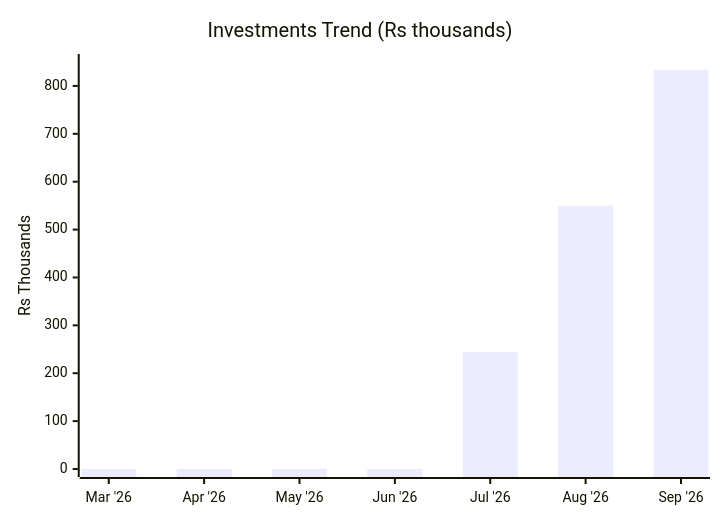
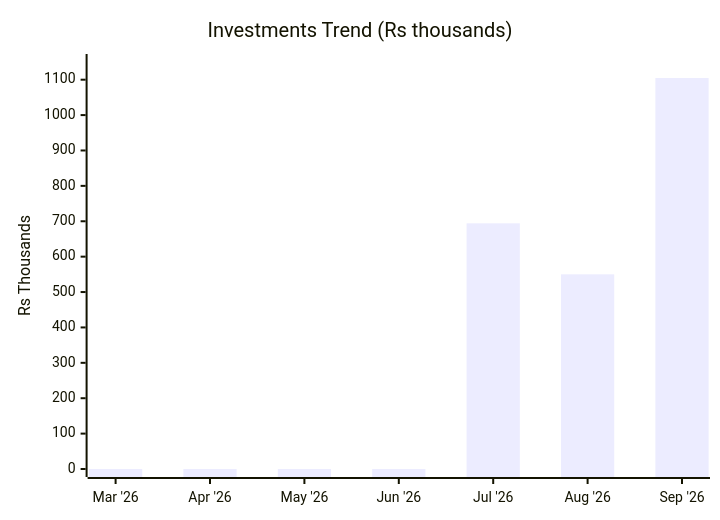
The third of 3 diagrams in reports/2026-09.md (sachin-hg/expense-reporter), drawn with Mermaid before and after one commit. The commit also changed other lines of this file and 6 other files, not shown here.

````diff
--- a/reports/2026-09.md
+++ b/reports/2026-09.md
@@ -65,7 +67,7 @@
 ```mermaid
 xychart-beta
     title "Investments Trend (Rs thousands)"
     x-axis ["Mar '26", "Apr '26", "May '26", "Jun '26", "Jul '26", "Aug '26", "Sep '26"]
-    y-axis "Rs Thousands" 0 --> 850
-    bar "Investments" [0.0, 0.0, 0.0, 0.0, 244.2, 550.0, 833.6]
+    y-axis "Rs Thousands" 0 --> 1150
+    bar "Investments" [0.0, 0.0, 0.0, 0.0, 694.2, 550.0, 1104.8]
 ```
````
